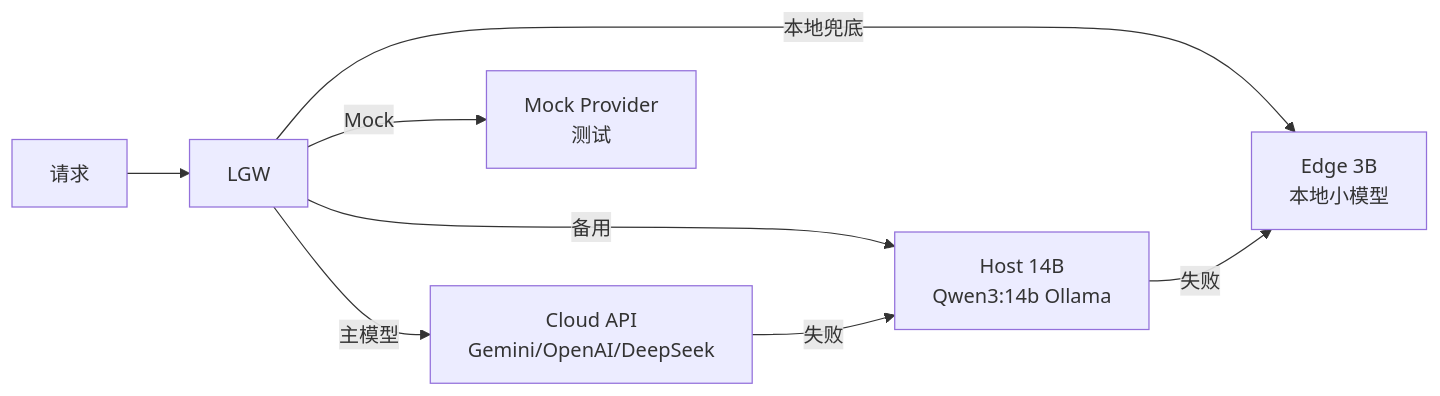
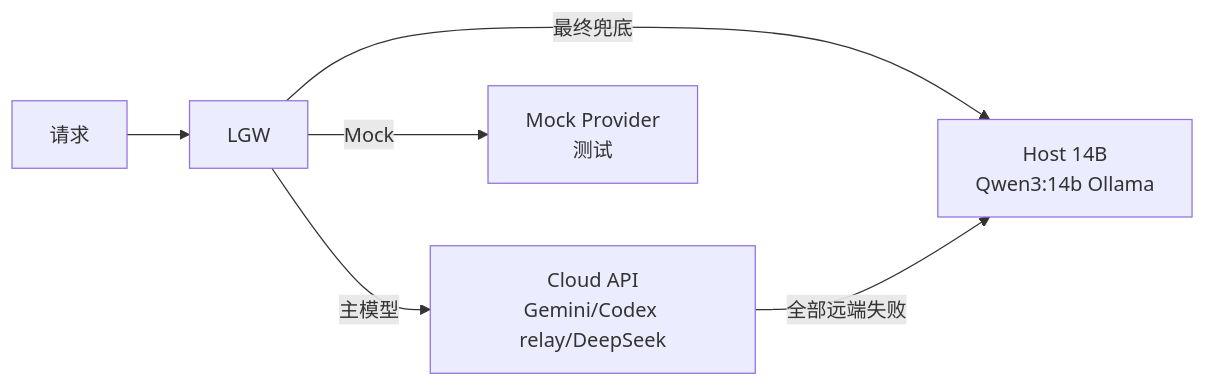
One commit to SakuraYoruno/Natsume_Ai changed the fourth of 14 diagrams in docs/15_theory/architecture_overview.md. Above: the diagram before and after it, drawn with Mermaid. The commit also changed other lines of this file and 5 other files, not shown here.

````diff
--- a/docs/15_theory/architecture_overview.md
+++ b/docs/15_theory/architecture_overview.md
@@ -270,10 +270,8 @@
 ```mermaid
 graph LR
     REQ[请求] --> LGW
-    LGW -->|主模型| CLOUD[Cloud API<br/>Gemini/OpenAI/DeepSeek]
-    LGW -->|备用| HOST8B[Host 14B<br/>Qwen3:14b Ollama]
-    LGW -->|本地兜底| EDGE3B[Edge 3B<br/>本地小模型]
+    LGW -->|主模型| CLOUD[Cloud API<br/>Gemini/Codex relay/DeepSeek]
+    LGW -->|最终兜底| HOST14B[Host 14B<br/>Qwen3:14b Ollama]
     LGW -->|Mock| MOCK[Mock Provider<br/>测试]
-    CLOUD -->|失败| HOST8B
-    HOST8B -->|失败| EDGE3B
+    CLOUD -->|全部远端失败| HOST14B
 ```
````
